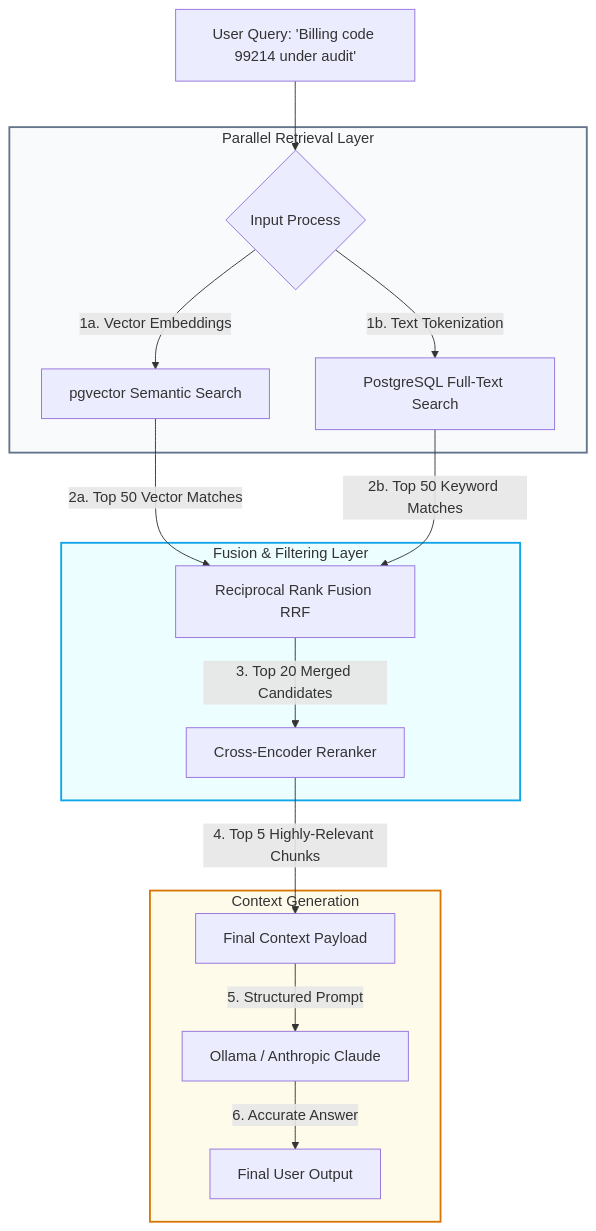
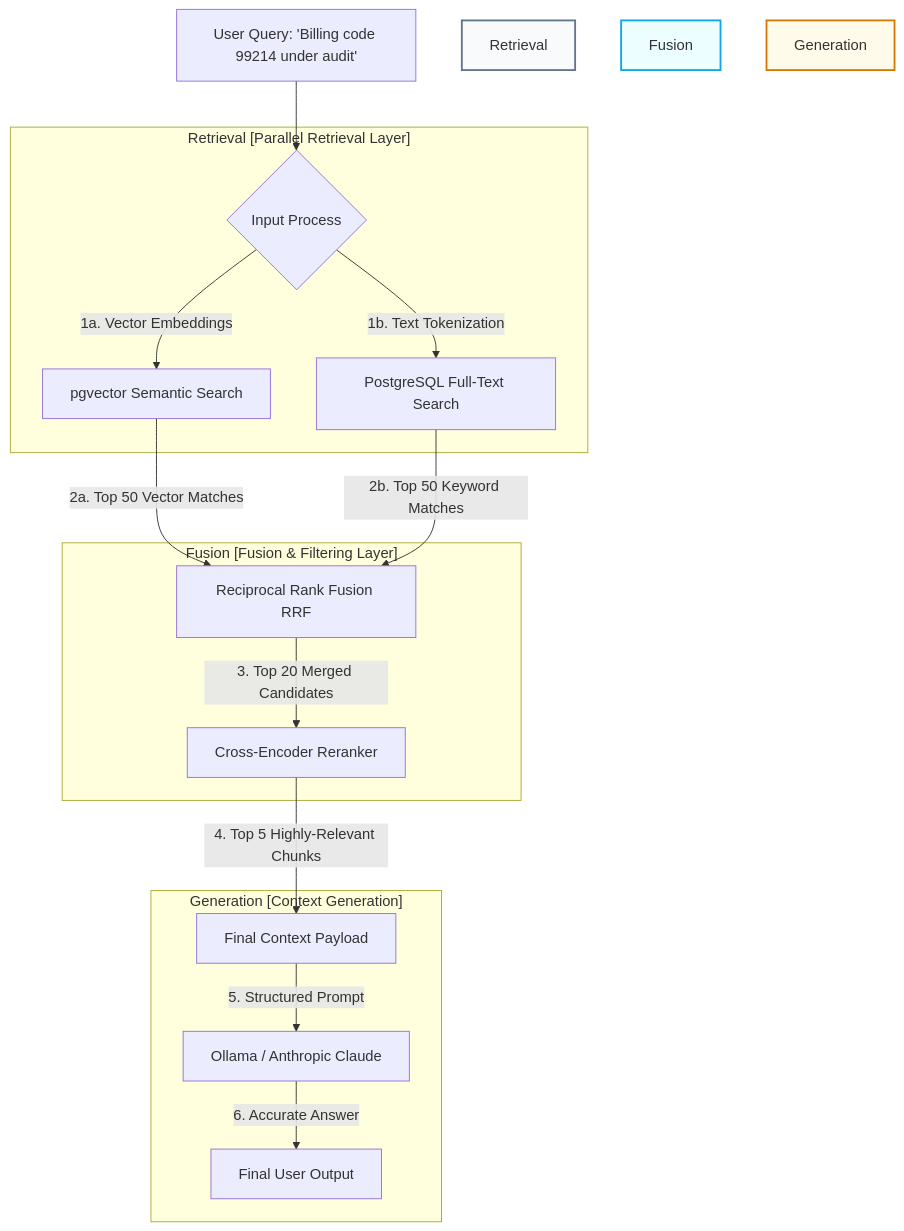
One commit to akmalkhaniub/akmalkhaniub.github.io changed the diagram in blog/posts/why-rag-fails-production.md. Above: the diagram before and after it, drawn with Mermaid. The commit also changed 600 other files, not shown here.

Commit message:
fix(blog): resolve Mermaid v10 syntax errors across Figure 1 and publication subgraphs

````diff
--- a/blog/posts/why-rag-fails-production.md
+++ b/blog/posts/why-rag-fails-production.md
@@ -22,25 +22,25 @@
 ```mermaid
 flowchart TD
     UserQuery[User Query: 'Billing code 99214 under audit'] --> InputProc{Input Process}
     
-    subgraph Retrieval [Parallel Retrieval Layer]
+    subgraph SG1_RetrievalParallelRetrieval ["Retrieval [Parallel Retrieval Layer]"]
         InputProc -->|1a. Vector Embeddings| VecSearch[pgvector Semantic Search]
         InputProc -->|1b. Text Tokenization| LexSearch[PostgreSQL Full-Text Search]
     end
 
-    subgraph Fusion [Fusion & Filtering Layer]
+    subgraph SG2_FusionFusionFiltering ["Fusion [Fusion & Filtering Layer]"]
         VecSearch -->|2a. Top 50 Vector Matches| RRF[Reciprocal Rank Fusion RRF]
         LexSearch -->|2b. Top 50 Keyword Matches| RRF
         RRF -->|3. Top 20 Merged Candidates| Reranker[Cross-Encoder Reranker]
     end
 
-    subgraph Generation [Context Generation]
+    subgraph SG3_GenerationContextGeneration ["Generation [Context Generation]"]
         Reranker -->|4. Top 5 Highly-Relevant Chunks| Context[Final Context Payload]
         Context -->|5. Structured Prompt| LLM[Ollama / Anthropic Claude]
         LLM -->|6. Accurate Answer| User[Final User Output]
     end
 
     style Retrieval fill:#f8fafc,stroke:#64748b,stroke-width:2px
     style Fusion fill:#ecfeff,stroke:#0ea5e9,stroke-width:2px
     style Generation fill:#fffbeb,stroke:#d97706,stroke-width:2px
 ```
````
